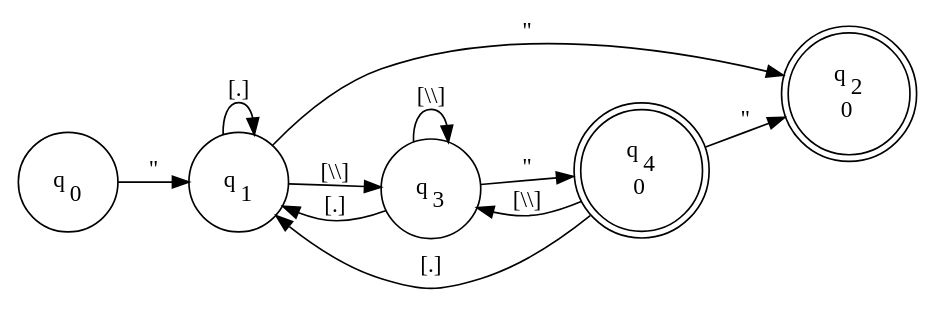
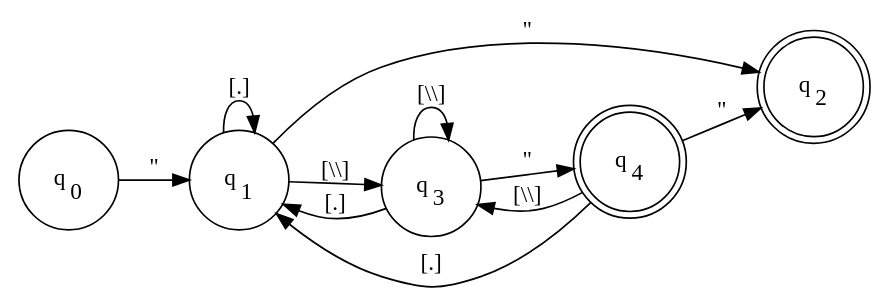
The diagram in ImgScraper/ImgUrl.dot (codewitch-honey-crisis/Reggie), drawn with Graphviz before and after one commit. The commit also changed 132 other files, not shown here.

```diff
--- a/ImgScraper/ImgUrl.dot
+++ b/ImgScraper/ImgUrl.dot
@@ -1,20 +1,20 @@
 digraph FFA {
 rankdir=LR
 node [shape=circle]
 q0->q1 [label="\""]
 q1->q1 [label="[.]"]
 q1->q2 [label="\""]
 q1->q3 [label="[\\\\]"]
 q3->q1 [label="[.]"]
 q3->q4 [label="\""]
 q3->q3 [label="[\\\\]"]
 q4->q1 [label="[.]"]
 q4->q2 [label="\""]
 q4->q3 [label="[\\\\]"]
 q0 [label=<<TABLE BORDER="0"><TR><TD>q<SUB>0</SUB></TD></TR></TABLE>>]
 q1 [label=<<TABLE BORDER="0"><TR><TD>q<SUB>1</SUB></TD></TR></TABLE>>]
-q2 [label=<<TABLE BORDER="0"><TR><TD>q<SUB>2</SUB></TD></TR><TR><TD>0</TD></TR></TABLE>>,shape=doublecircle]
+q2 [label=<<TABLE BORDER="0"><TR><TD>q<SUB>2</SUB></TD></TR></TABLE>>,shape=doublecircle]
 q3 [label=<<TABLE BORDER="0"><TR><TD>q<SUB>3</SUB></TD></TR></TABLE>>]
-q4 [label=<<TABLE BORDER="0"><TR><TD>q<SUB>4</SUB></TD></TR><TR><TD>0</TD></TR></TABLE>>,shape=doublecircle]
+q4 [label=<<TABLE BORDER="0"><TR><TD>q<SUB>4</SUB></TD></TR></TABLE>>,shape=doublecircle]
 q2,q4,q2,q4 [shape=doublecircle]
 }
```
